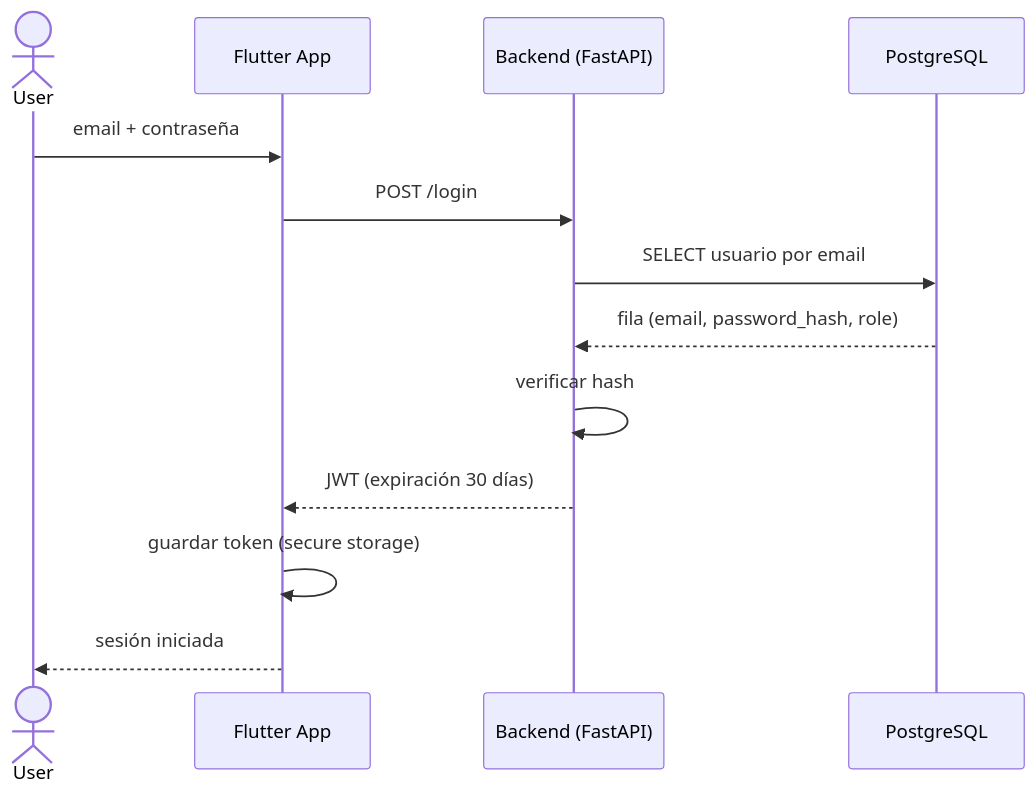
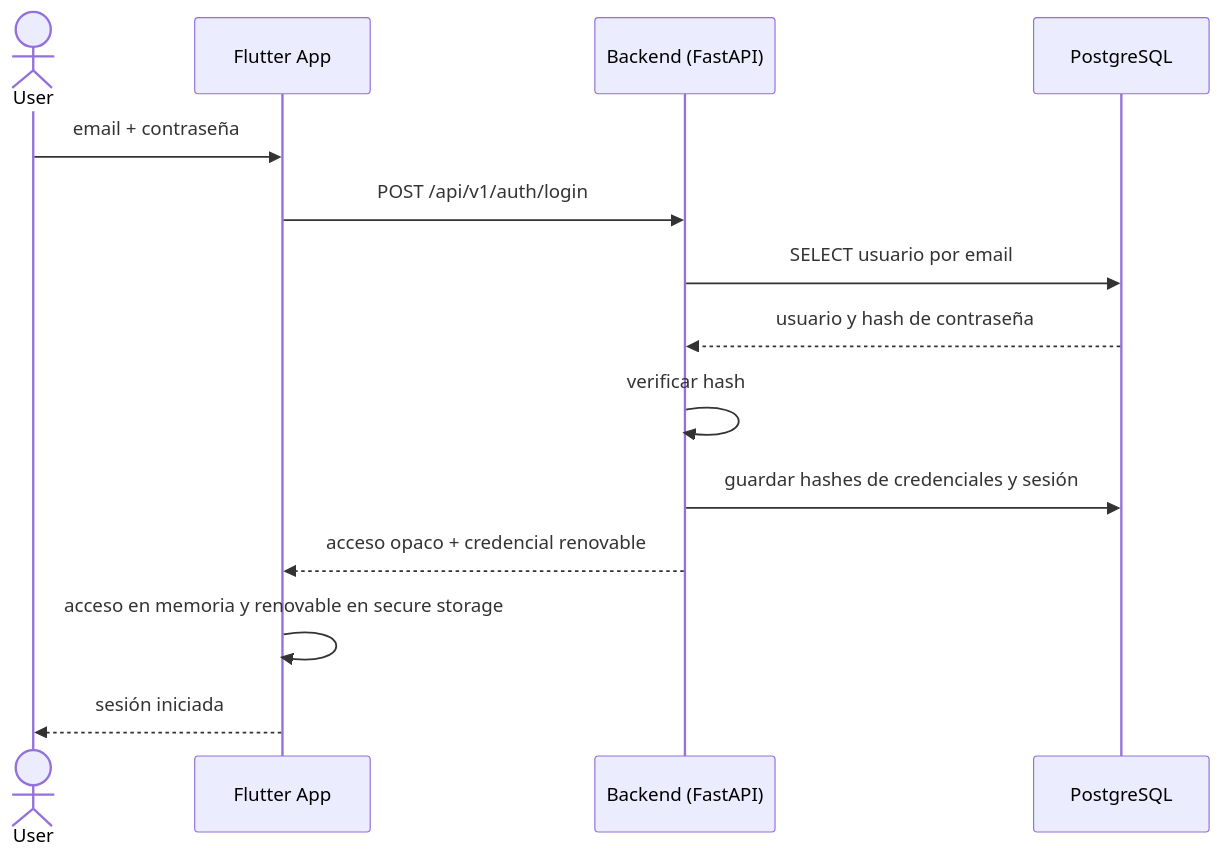
The seventh of 8 diagrams in docs/UML.md (NullCorvus/finance-ai), drawn with Mermaid before and after one commit. The commit also changed other lines of this file and 4 other files, not shown here.

Commit message:
docs: reconcile technical architecture with implemented services

````diff
--- a/docs/UML.md
+++ b/docs/UML.md
@@ -249,16 +267,17 @@
 ```mermaid
 sequenceDiagram
     actor U as User
     participant App as Flutter App
     participant API as Backend (FastAPI)
     participant DB as PostgreSQL
 
     U->>App: email + contraseña
-    App->>API: POST /login
+    App->>API: POST /api/v1/auth/login
     API->>DB: SELECT usuario por email
-    DB-->>API: fila (email, password_hash, role)
+    DB-->>API: usuario y hash de contraseña
     API->>API: verificar hash
-    API-->>App: JWT (expiración 30 días)
-    App->>App: guardar token (secure storage)
+    API->>DB: guardar hashes de credenciales y sesión
+    API-->>App: acceso opaco + credencial renovable
+    App->>App: acceso en memoria y renovable en secure storage
     App-->>U: sesión iniciada
 ```
````
